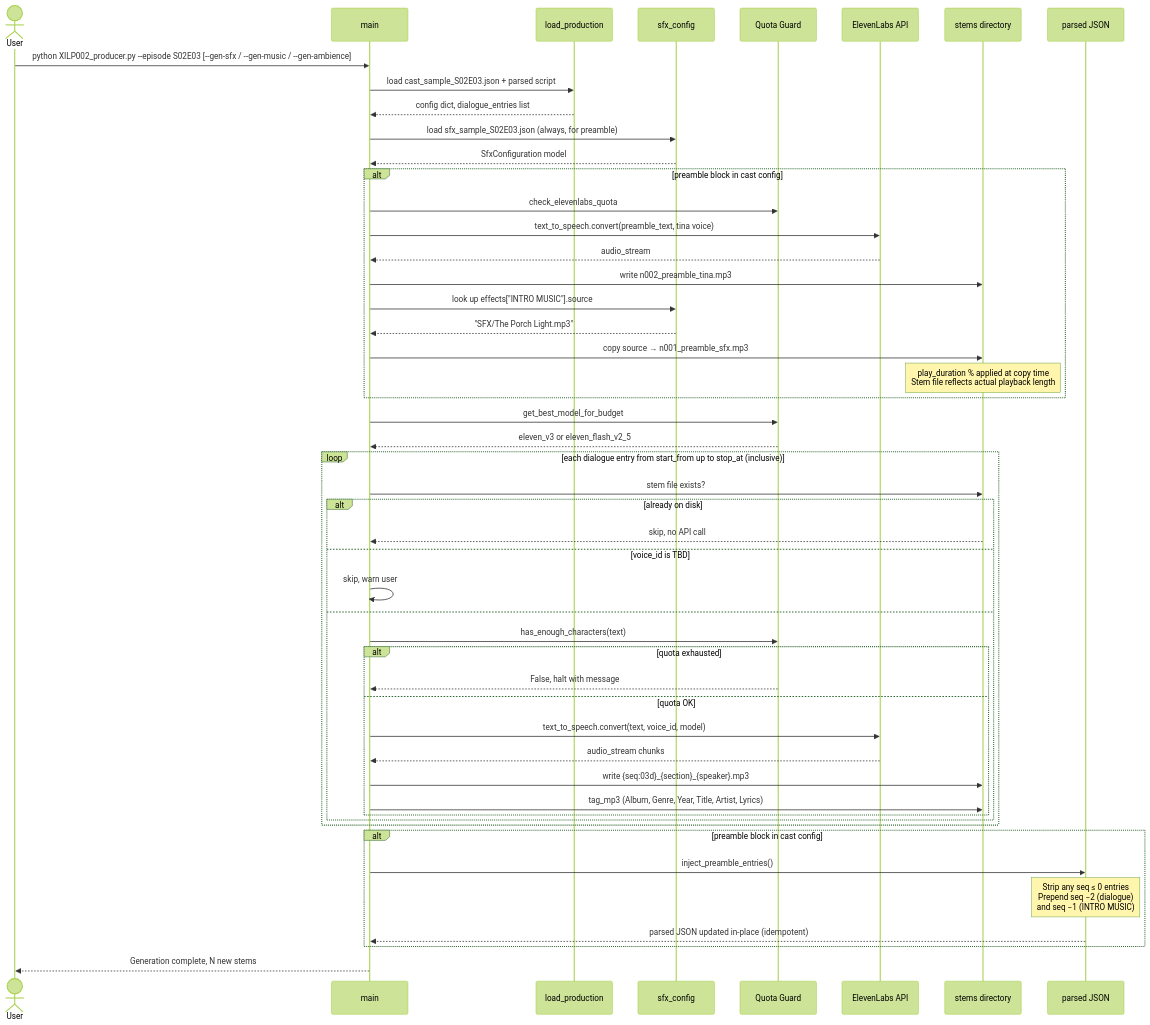
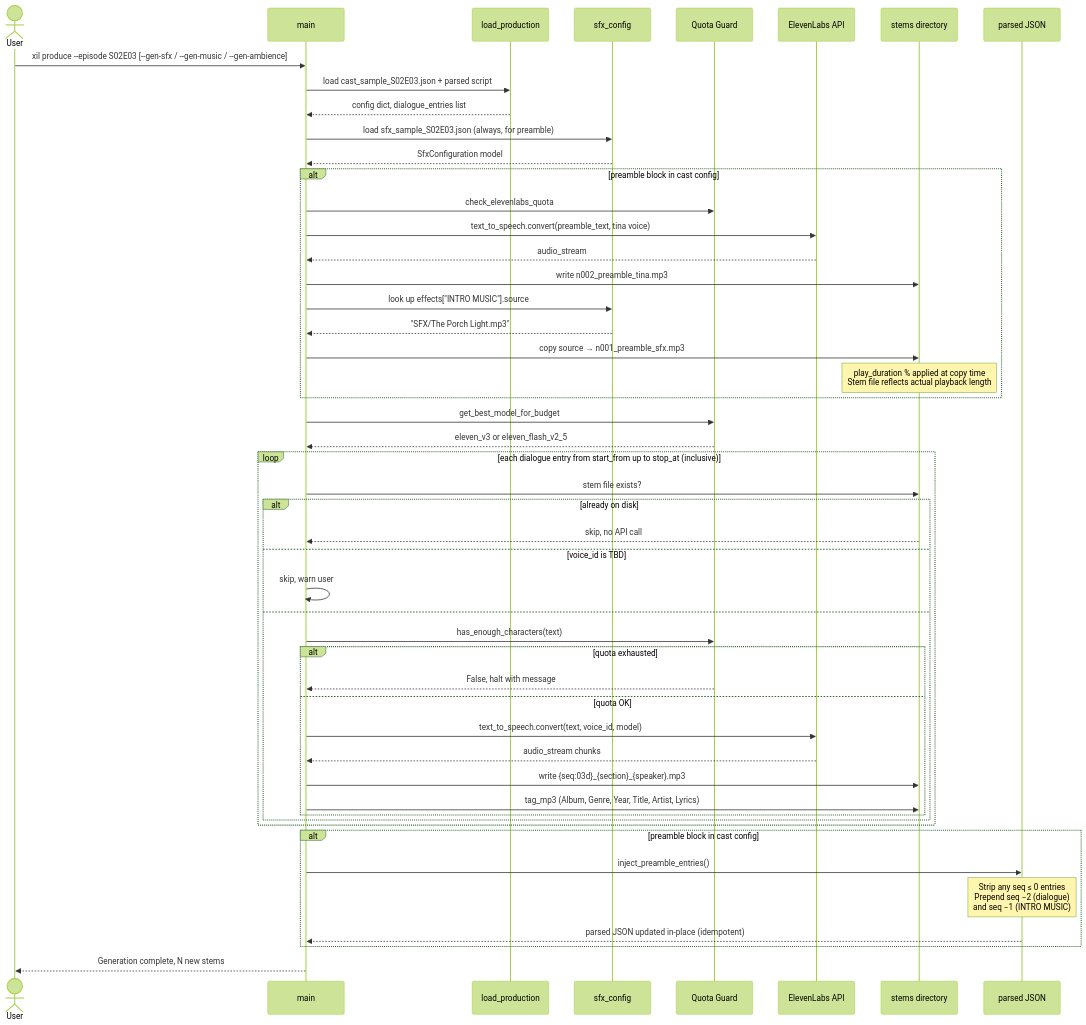
Before and after one commit to xilcmd/xil-pipeline: the fourth of 22 diagrams in docs/pipeline.md, drawn with Mermaid (forest theme). The commit also changed other lines of this file and 26 other files, not shown here.

````diff
--- a/docs/pipeline.md
+++ b/docs/pipeline.md
@@ -245,58 +245,58 @@
 ```mermaid
 sequenceDiagram
     actor User
     participant M as main
     participant LP as load_production
     participant SFX as sfx_config
     participant QG as Quota Guard
     participant API as ElevenLabs API
     participant FS as stems directory
     participant PJ as parsed JSON
 
-    User->>M: python XILP002_producer.py --episode S02E03 [--gen-sfx / --gen-music / --gen-ambience]
+    User->>M: xil produce --episode S02E03 [--gen-sfx / --gen-music / --gen-ambience]
     M->>LP: load cast_sample_S02E03.json + parsed script
     LP-->>M: config dict, dialogue_entries list
     M->>SFX: load sfx_sample_S02E03.json (always, for preamble)
     SFX-->>M: SfxConfiguration model
 
     alt preamble block in cast config
         M->>QG: check_elevenlabs_quota
         M->>API: text_to_speech.convert(preamble_text, tina voice)
         API-->>M: audio_stream
         M->>FS: write n002_preamble_tina.mp3
         M->>SFX: look up effects["INTRO MUSIC"].source
         SFX-->>M: "SFX/The Porch Light.mp3"
         M->>FS: copy source → n001_preamble_sfx.mp3
         note over FS: play_duration % applied at copy time<br>Stem file reflects actual playback length
     end
 
     M->>QG: get_best_model_for_budget
     QG-->>M: eleven_v3 or eleven_flash_v2_5
 
     loop each dialogue entry from start_from up to stop_at (inclusive)
         M->>FS: stem file exists?
         alt already on disk
             FS-->>M: skip, no API call
         else voice_id is TBD
             M->>M: skip, warn user
         else
             M->>QG: has_enough_characters(text)
             alt quota exhausted
                 QG-->>M: False, halt with message
             else quota OK
                 M->>API: text_to_speech.convert(text, voice_id, model)
                 API-->>M: audio_stream chunks
                 M->>FS: write {seq:03d}_{section}_{speaker}.mp3
                 M->>FS: tag_mp3 (Album, Genre, Year, Title, Artist, Lyrics)
             end
         end
     end
 
     alt preamble block in cast config
         M->>PJ: inject_preamble_entries()
         note over PJ: Strip any seq ≤ 0 entries<br>Prepend seq −2 (dialogue)<br>and seq −1 (INTRO MUSIC)
         PJ-->>M: parsed JSON updated in-place (idempotent)
     end
 
     M-->>User: Generation complete, N new stems
 ```
````
